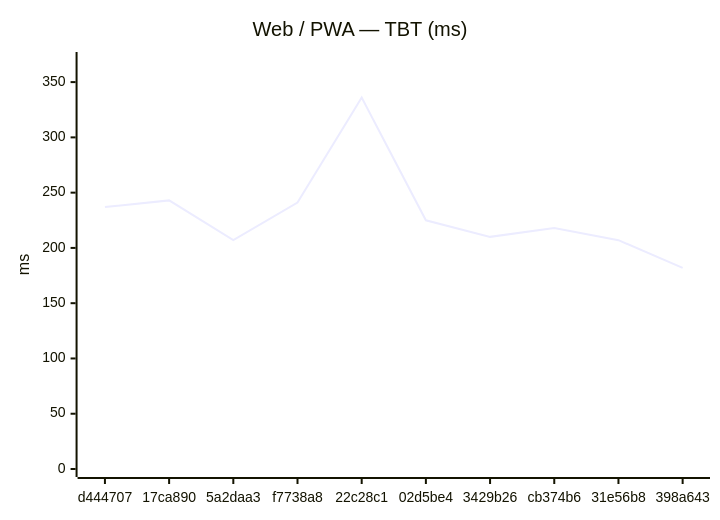
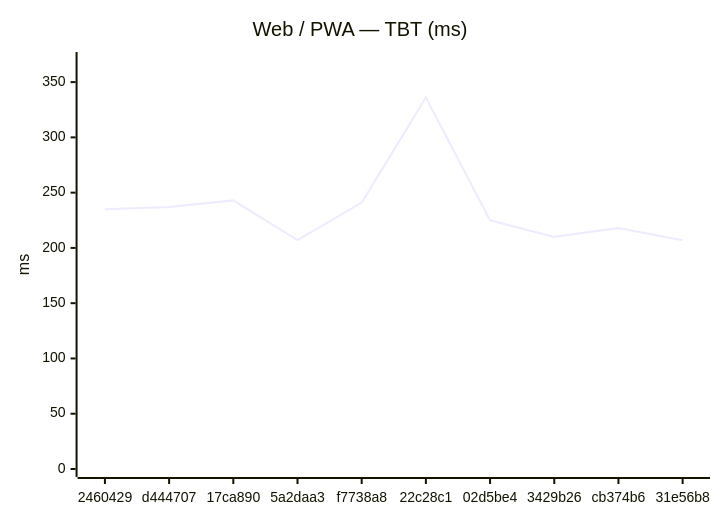
Before and after one commit to Metaheurist/Rianell: the second of 18 diagrams in benchmarks/compare.md, drawn with Mermaid. The commit also changed other lines of this file and 11 other files, not shown here.

````diff
--- a/benchmarks/compare.md
+++ b/benchmarks/compare.md
@@ -31,7 +31,7 @@
 ```mermaid
 xychart-beta
     title "Web / PWA — TBT (ms)"
-    x-axis ["d444707", "17ca890", "5a2daa3", "f7738a8", "22c28c1", "02d5be4", "3429b26", "cb374b6", "31e56b8", "398a643"]
+    x-axis ["2460429", "d444707", "17ca890", "5a2daa3", "f7738a8", "22c28c1", "02d5be4", "3429b26", "cb374b6", "31e56b8"]
     y-axis "ms" 0 --> 370
-    line [237, 243, 207, 241, 336, 225, 210, 218, 207, 182]
+    line [235, 237, 243, 207, 241, 336, 225, 210, 218, 207]
 ```
````
